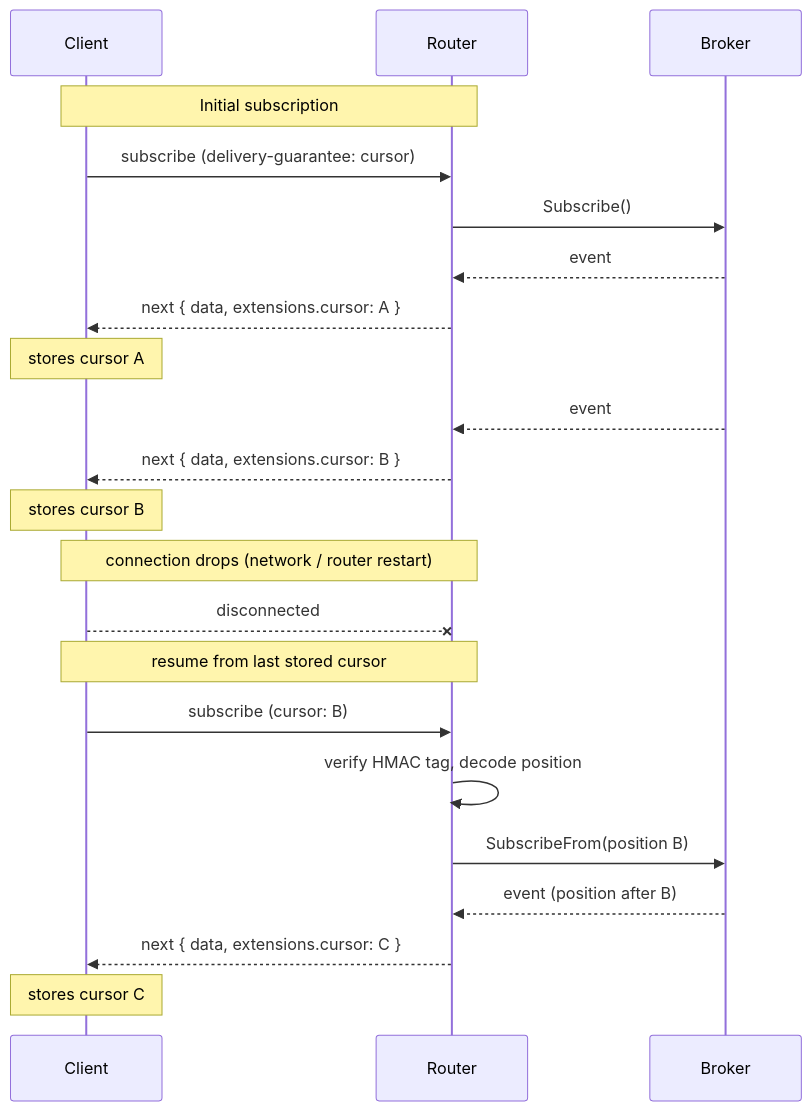
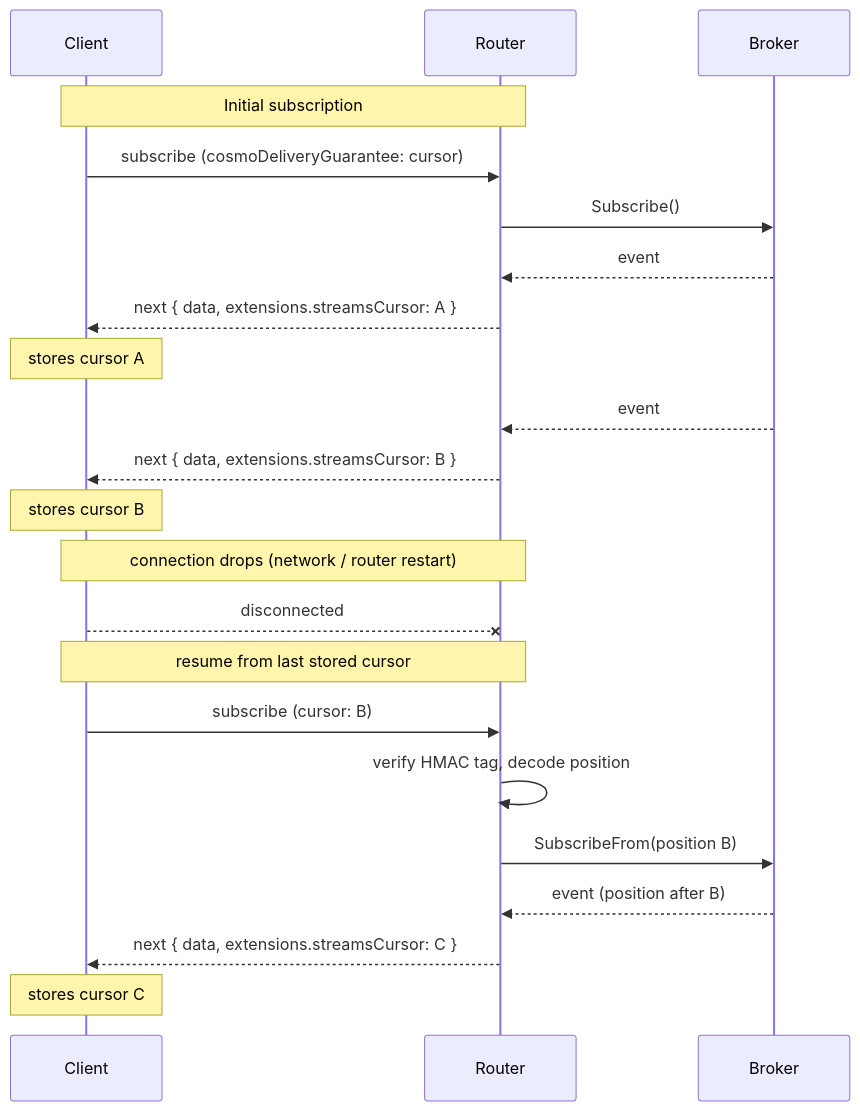
The diagram in rfc/at-least-once-v1.md (wundergraph/cosmo), drawn with Mermaid before and after one commit. The commit also changed other lines of this file and 3 other files, not shown here.

````diff
--- a/rfc/at-least-once-v1.md
+++ b/rfc/at-least-once-v1.md
@@ -46,27 +46,27 @@
 ```mermaid
 sequenceDiagram
     participant Client
     participant Router
     participant Broker
 
     Note over Client,Router: Initial subscription
-    Client->>Router: subscribe (delivery-guarantee: cursor)
+    Client->>Router: subscribe (cosmoDeliveryGuarantee: cursor)
     Router->>Broker: Subscribe()
     Broker-->>Router: event
-    Router-->>Client: next { data, extensions.cursor: A }
+    Router-->>Client: next { data, extensions.streamsCursor: A }
     Note over Client: stores cursor A
     Broker-->>Router: event
-    Router-->>Client: next { data, extensions.cursor: B }
+    Router-->>Client: next { data, extensions.streamsCursor: B }
     Note over Client: stores cursor B
 
     Note over Client,Router: connection drops (network / router restart)
     Client--xRouter: disconnected
 
     Note over Client,Router: resume from last stored cursor
     Client->>Router: subscribe (cursor: B)
     Router->>Router: verify HMAC tag, decode position
     Router->>Broker: SubscribeFrom(position B)
     Broker-->>Router: event (position after B)
-    Router-->>Client: next { data, extensions.cursor: C }
+    Router-->>Client: next { data, extensions.streamsCursor: C }
     Note over Client: stores cursor C
 ```
````
